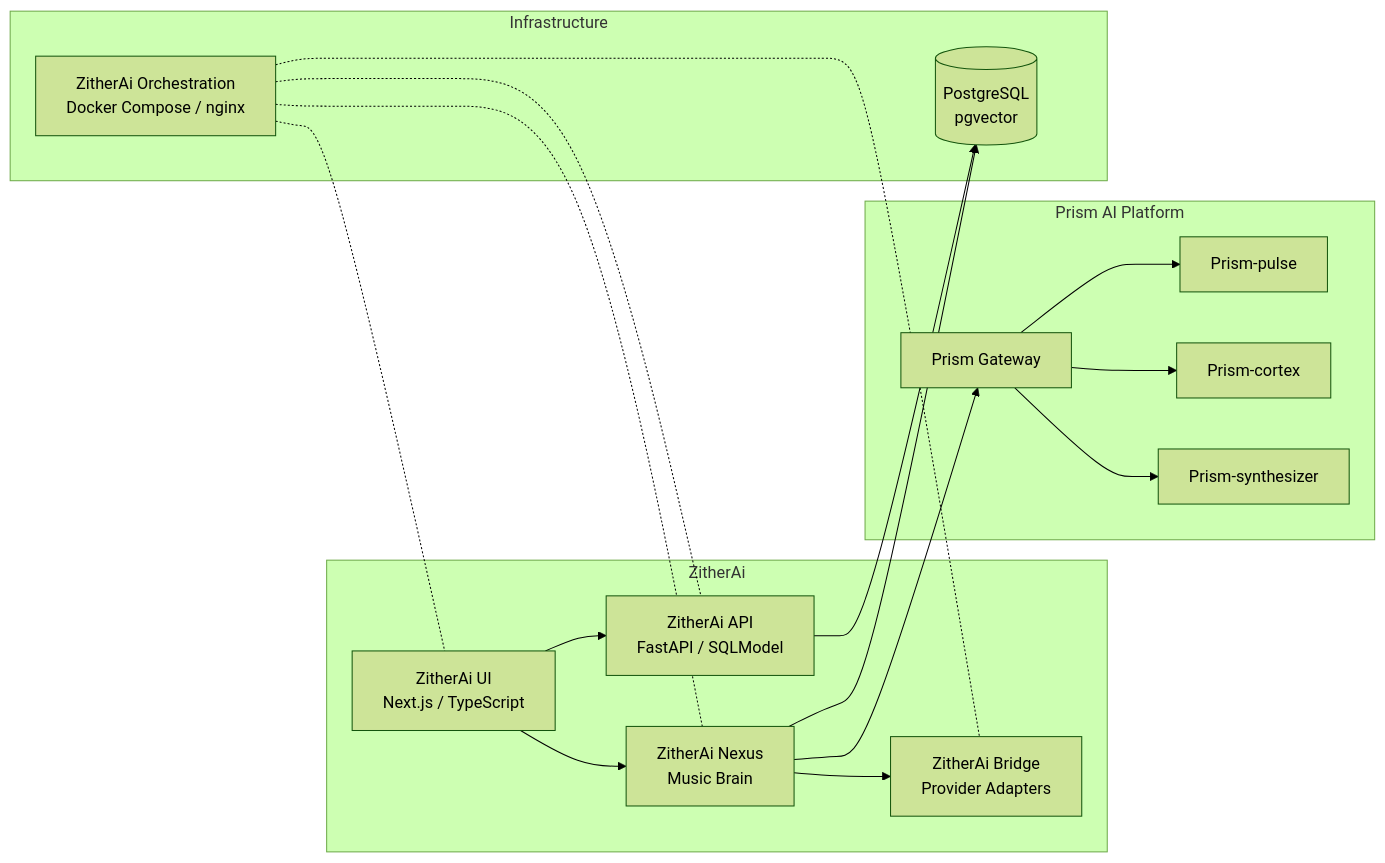
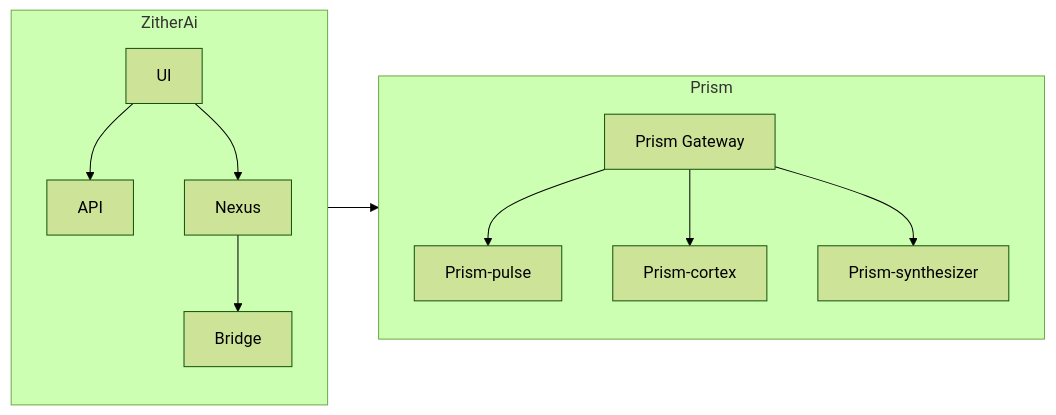
The third of 3 diagrams in README.md (vsinghal3737/vsinghal3737), drawn with Mermaid (forest theme) before and after one commit.

Commit message:
Simplify ZitherAi profile diagram

````diff
--- a/README.md
+++ b/README.md
@@ -85,30 +85,28 @@
 ```mermaid
 flowchart LR
-    subgraph ZitherAi
-        ZUI["ZitherAi UI<br/>Next.js / TypeScript"]
-        ZAPI["ZitherAi API<br/>FastAPI / SQLModel"]
-        ZNexus["ZitherAi Nexus<br/>Music Brain"]
-        ZBridge["ZitherAi Bridge<br/>Provider Adapters"]
+    subgraph ZitherAi["ZitherAi"]
+        direction TB
+        ZUI["UI"]
+        ZAPI["API"]
+        ZNexus["Nexus"]
+        ZBridge["Bridge"]
+
+        ZUI --> ZAPI
+        ZUI --> ZNexus
+        ZNexus --> ZBridge
     end
 
-    subgraph Prism["Prism AI Platform"]
+    subgraph Prism["Prism"]
+        direction TB
         Gateway["Prism Gateway"]
         Pulse["Prism-pulse"]
         Cortex["Prism-cortex"]
         Synthesizer["Prism-synthesizer"]
+
+        Gateway --> Pulse
+        Gateway --> Cortex
+        Gateway --> Synthesizer
     end
 
-    subgraph Infra["Infrastructure"]
-        ZOrch["ZitherAi Orchestration<br/>Docker Compose / nginx"]
-        PG[("PostgreSQL<br/>pgvector")]
-    end
-
-    ZUI --> ZAPI
-    ZUI --> ZNexus
     ZNexus --> Gateway
-    Gateway --> Pulse & Cortex & Synthesizer
-    ZNexus --> ZBridge
-    ZAPI --> PG
-    ZNexus --> PG
-    ZOrch -.- ZUI & ZAPI & ZNexus & ZBridge
 ```
````
